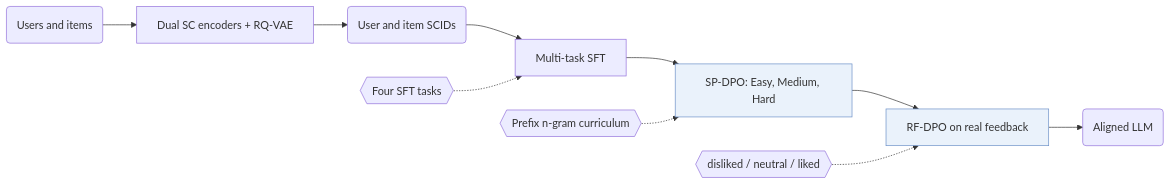
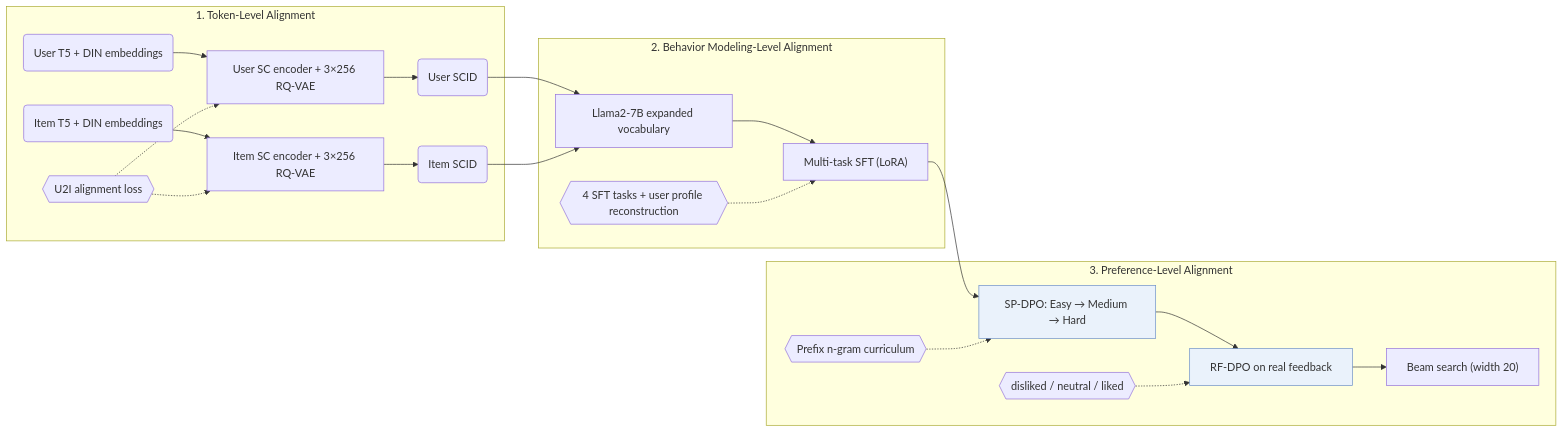
One commit to Galaxy-ghost/Awesome-SID-Generative-Rec changed the diagram in notes/align3gr.md. Above: the diagram before and after it, drawn with Mermaid. The commit also changed other lines of this file and 649 other files, not shown here.

Commit message:
writer-05: also tags and modality index (schema, check, build, visuals); summary field removed; calibration data for 12 papers

````diff
--- a/notes/align3gr.md
+++ b/notes/align3gr.md
@@ -13,13 +14,25 @@
 ```mermaid
 flowchart LR
-    A("Users and items") --> B["Dual SC encoders + RQ-VAE"]
-    B --> C("User and item SCIDs")
-    C --> D["Multi-task SFT"]
-    D --> E["SP-DPO: Easy, Medium, Hard"]:::key
-    E --> F["RF-DPO on real feedback"]:::key
-    F --> G("Aligned LLM")
-    L1{{"Four SFT tasks"}} -.-> D
-    L2{{"Prefix n-gram curriculum"}} -.-> E
-    L3{{"disliked / neutral / liked"}} -.-> F
+    subgraph Lvl1["1. Token-Level Alignment"]
+        UFeat("User T5 + DIN embeddings") --> UEnc["User SC encoder + 3×256 RQ-VAE"]
+        IFeat("Item T5 + DIN embeddings") --> IEnc["Item SC encoder + 3×256 RQ-VAE"]
+        LU2I{{"U2I alignment loss"}} -.-> UEnc
+        LU2I -.-> IEnc
+        UEnc --> USCID("User SCID")
+        IEnc --> ISCID("Item SCID")
+    end
+    subgraph Lvl2["2. Behavior Modeling-Level Alignment"]
+        USCID --> Voc["Llama2-7B expanded vocabulary"]
+        ISCID --> Voc
+        Voc --> SFT["Multi-task SFT (LoRA)"]
+        L1{{"4 SFT tasks + user profile reconstruction"}} -.-> SFT
+    end
+    subgraph Lvl3["3. Preference-Level Alignment"]
+        SFT --> E["SP-DPO: Easy → Medium → Hard"]:::key
+        L2{{"Prefix n-gram curriculum"}} -.-> E
+        E --> F["RF-DPO on real feedback"]:::key
+        L3{{"disliked / neutral / liked"}} -.-> F
+        F --> G["Beam search (width 20)"]
+    end
     classDef key fill:#eaf2fb,stroke:#6b8fc7
 ```
````
